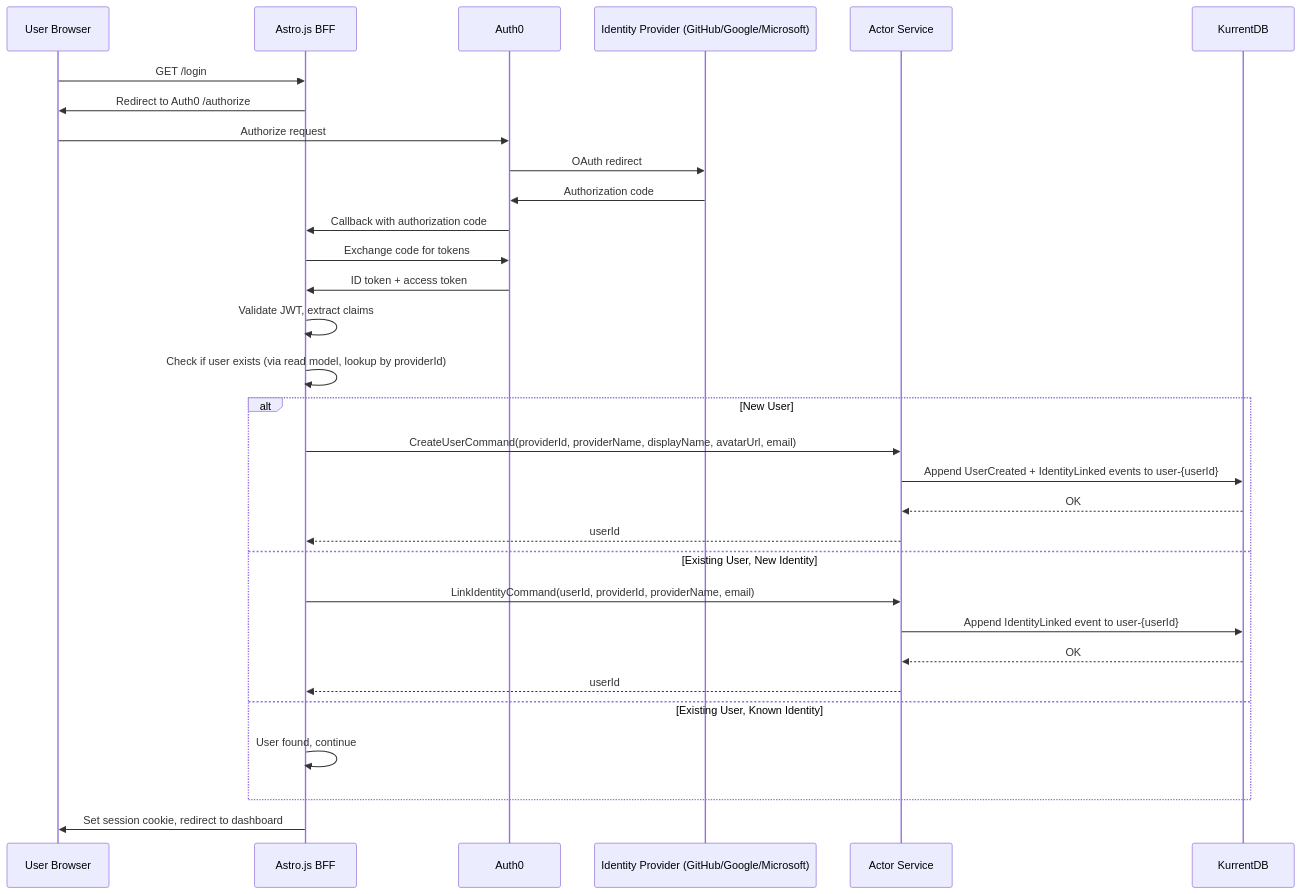
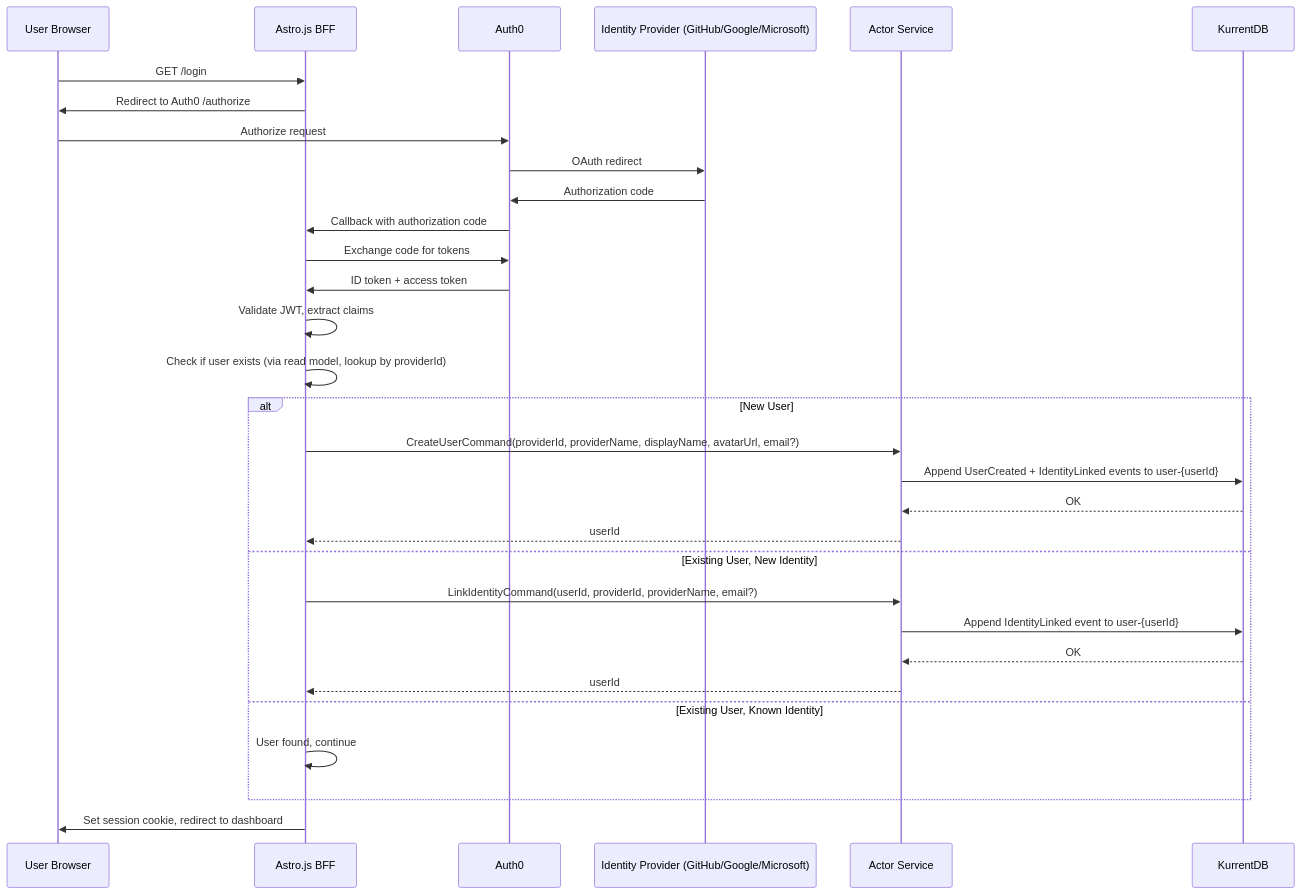
One commit to lekhasy/Vut changed the third of 15 diagrams in epics/01-epic-first-signin-org/architecture/architecture.md. Above: the diagram before and after it, drawn with Mermaid. The commit also changed other lines of this file and 7 other files, not shown here.

Commit message:
Update tasks per architecture change

````diff
--- a/epics/01-epic-first-signin-org/architecture/architecture.md
+++ b/epics/01-epic-first-signin-org/architecture/architecture.md
@@ -330,34 +330,34 @@
 ```mermaid
 sequenceDiagram
     participant U as User Browser
     participant FE as Astro.js BFF
     participant A as Auth0
     participant IdP as Identity Provider (GitHub/Google/Microsoft)
     participant AS as Actor Service
     participant K as KurrentDB
 
     U->>FE: GET /login
     FE->>U: Redirect to Auth0 /authorize
     U->>A: Authorize request
     A->>IdP: OAuth redirect
     IdP->>A: Authorization code
     A->>FE: Callback with authorization code
     FE->>A: Exchange code for tokens
     A->>FE: ID token + access token
     FE->>FE: Validate JWT, extract claims
     FE->>FE: Check if user exists (via read model, lookup by providerId)
     alt New User
-        FE->>AS: CreateUserCommand(providerId, providerName, displayName, avatarUrl, email)
+        FE->>AS: CreateUserCommand(providerId, providerName, displayName, avatarUrl, email?)
         AS->>K: Append UserCreated + IdentityLinked events to user-{userId}
         K-->>AS: OK
         AS-->>FE: userId
     else Existing User, New Identity
-        FE->>AS: LinkIdentityCommand(userId, providerId, providerName, email)
+        FE->>AS: LinkIdentityCommand(userId, providerId, providerName, email?)
         AS->>K: Append IdentityLinked event to user-{userId}
         K-->>AS: OK
         AS-->>FE: userId
     else Existing User, Known Identity
         FE->>FE: User found, continue
     end
     FE->>U: Set session cookie, redirect to dashboard
 ```
````
